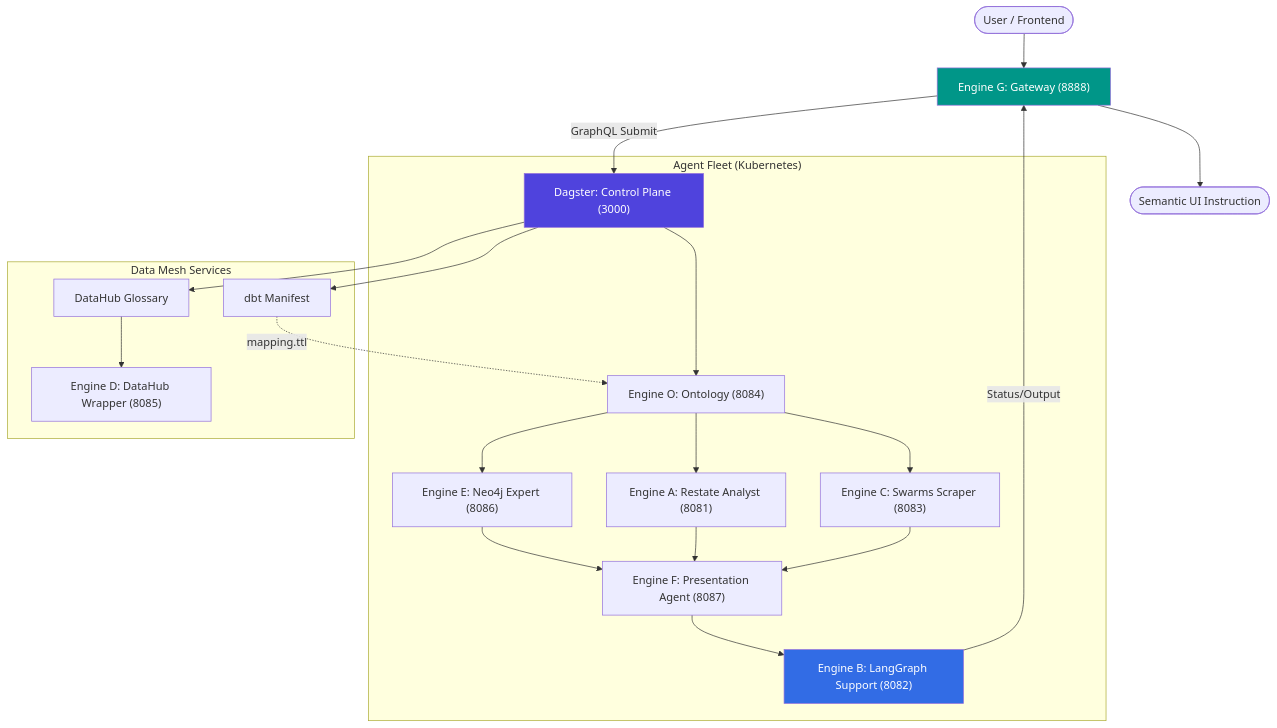
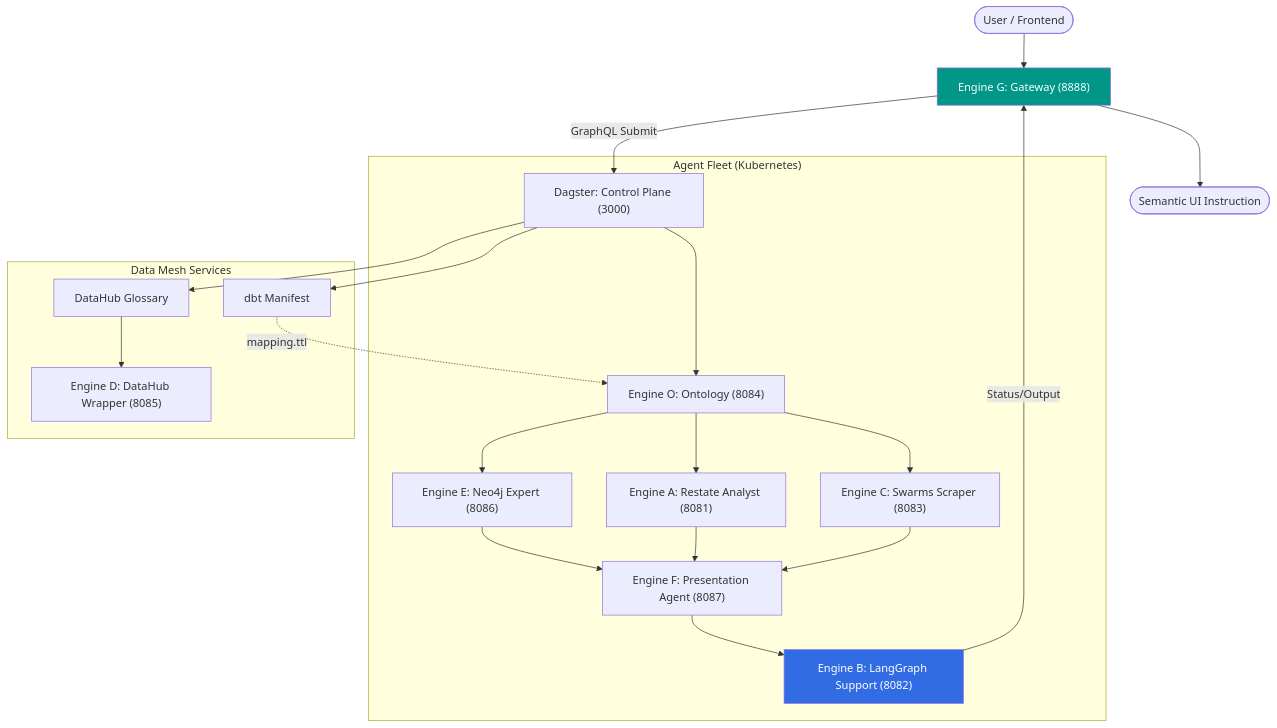
Before and after one commit to edgy-solutions/invincible-agent: the first of 3 diagrams in README.md, drawn with Mermaid. The commit also changed other lines of this file, not shown here.

First line of the commit message:
I've added a comprehensive Mermaid sequence diagram to the README.md (under "Query Execution Flow")!

````diff
--- a/README.md
+++ b/README.md
@@ -48,31 +48,30 @@
 ```mermaid
 graph TD
     User([User / Frontend]) --> G["Engine G: Gateway (8888)"]
     G -- GraphQL Submit --> D["Dagster: Control Plane (3000)"]
     
     subgraph Mesh["Agent Fleet (Kubernetes)"]
         D --> O["Engine O: Ontology (8084)"]
         O --> E["Engine E: Neo4j Expert (8086)"]
         O --> A["Engine A: Restate Analyst (8081)"]
         O --> C["Engine C: Swarms Scraper (8083)"]
         
         E --> F["Engine F: Presentation Agent (8087)"]
         A --> F
         C --> F
         F --> B["Engine B: LangGraph Support (8082)"]
     end
     
     subgraph DataLayer["Data Mesh Services"]
         D --> dbt["dbt Manifest"]
         dbt -.->|mapping.ttl| O
         D --> DH["DataHub Glossary"]
         DH --> DR["Engine D: DataHub Wrapper (8085)"]
     end
 
     B -- Status/Output --> G
     G --> UI([Semantic UI Instruction])
 
-    style D fill:#4F43DD,color:#fff
     style G fill:#009688,color:#fff
     style B fill:#326CE5,color:#fff
 ```
````
